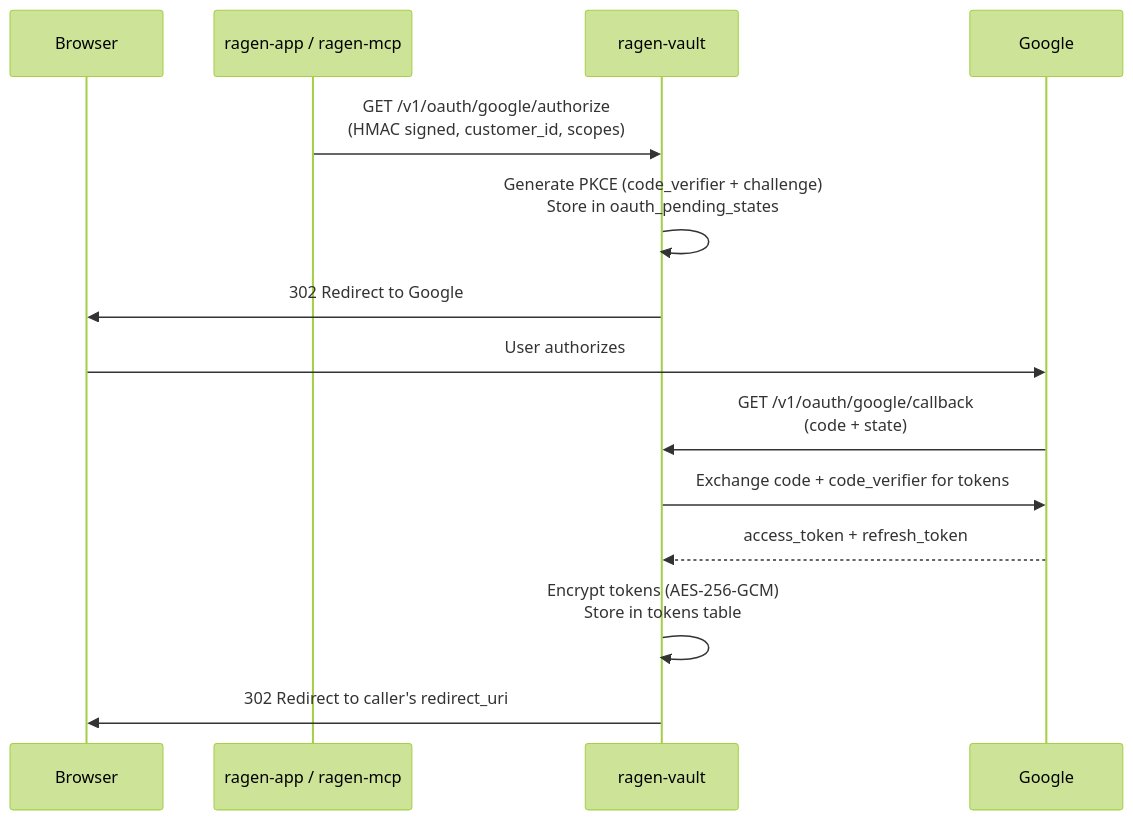
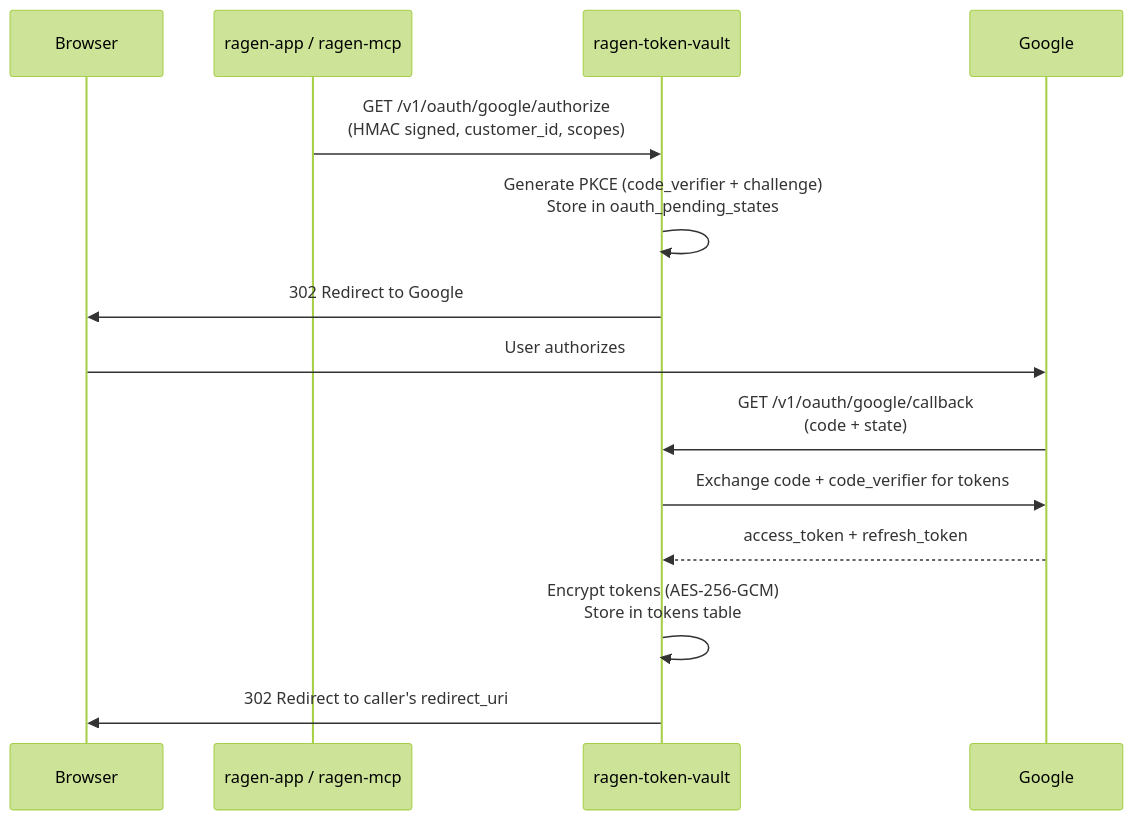
Before and after one commit to webamigos/ragen-token-vault: the second of 2 diagrams in README.md, drawn with Mermaid (forest theme). The commit also changed other lines of this file and 10 other files, not shown here.

Commit message:
chore: rename ragen vault

````diff
--- a/README.md
+++ b/README.md
@@ -100,17 +100,17 @@
 ```mermaid
 sequenceDiagram
     participant Browser
     participant Caller as ragen-app / ragen-mcp
-    participant Auth as ragen-vault
+    participant Auth as ragen-token-vault
     participant Google
 
     Caller->>Auth: GET /v1/oauth/google/authorize<br/>(HMAC signed, customer_id, scopes)
     Auth->>Auth: Generate PKCE (code_verifier + challenge)<br/>Store in oauth_pending_states
     Auth->>Browser: 302 Redirect to Google
     Browser->>Google: User authorizes
     Google->>Auth: GET /v1/oauth/google/callback<br/>(code + state)
     Auth->>Google: Exchange code + code_verifier for tokens
     Google-->>Auth: access_token + refresh_token
     Auth->>Auth: Encrypt tokens (AES-256-GCM)<br/>Store in tokens table
     Auth->>Browser: 302 Redirect to caller's redirect_uri
 ```
````
